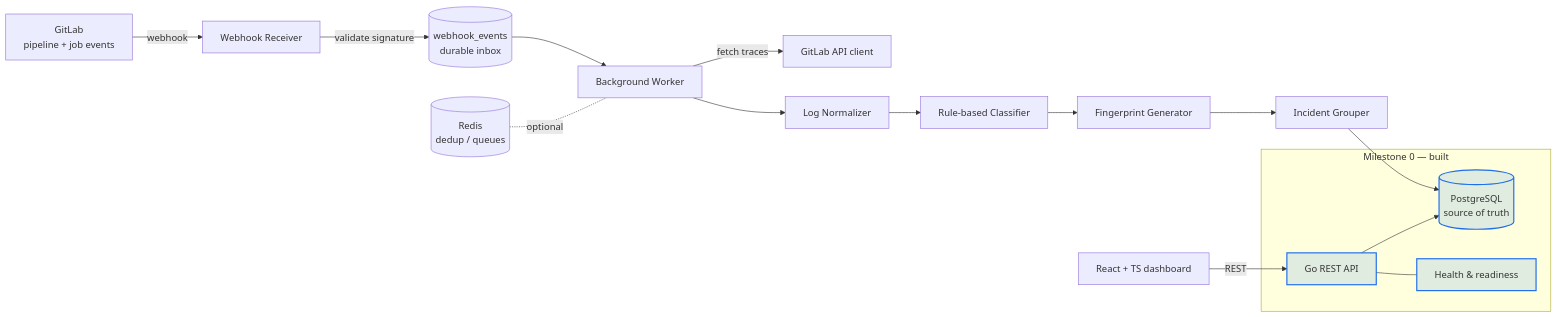
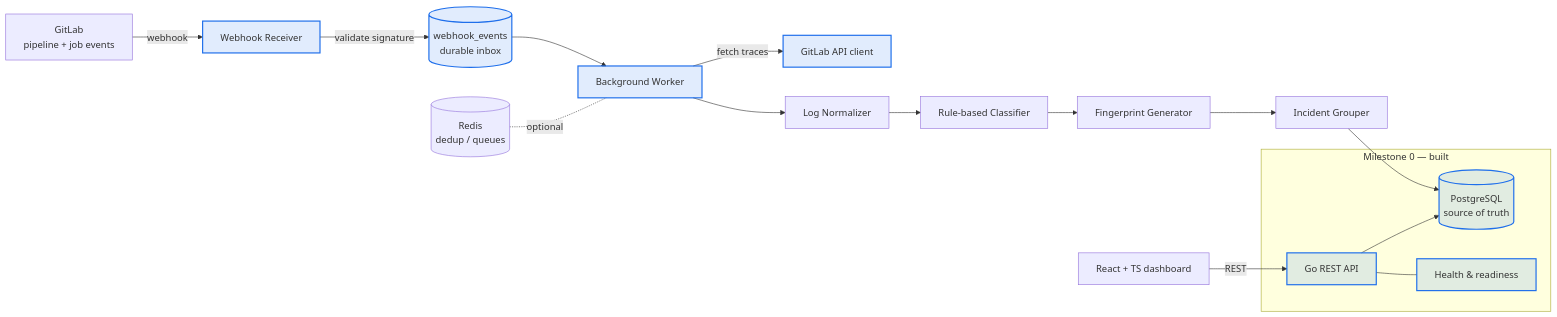
The first of 10 diagrams in docs/architecture.md (Jeston10/PipelineSherlock), drawn with Mermaid before and after one commit. The commit also changed other lines of this file and 23 other files, not shown here.

First line of the commit message:
feat: M1 slice 2 — inbox processing worker, GitLab client, pipeline upsert

````diff
--- a/docs/architecture.md
+++ b/docs/architecture.md
@@ -19,25 +19,25 @@
 ```mermaid
 flowchart LR
     GL[GitLab<br/>pipeline + job events] -->|webhook| WR[Webhook Receiver]
     WR -->|validate signature| INBOX[(webhook_events<br/>durable inbox)]
     INBOX --> WORKER[Background Worker]
     WORKER -->|fetch traces| GLAPI[GitLab API client]
     WORKER --> NORM[Log Normalizer]
     NORM --> CLS[Rule-based Classifier]
     CLS --> FP[Fingerprint Generator]
     FP --> GRP[Incident Grouper]
     GRP --> PG[(PostgreSQL<br/>source of truth)]
     REDIS[(Redis<br/>dedup / queues)] -.optional.- WORKER
     UI[React + TS dashboard] -->|REST| API[Go REST API]
     API --> PG
 
     subgraph M0[Milestone 0 — built]
         API
         PG
         HEALTH[Health & readiness]
     end
     API --- HEALTH
 
     classDef built fill:#1f6feb22,stroke:#1f6feb,stroke-width:2px;
-    class API,PG,HEALTH built;
+    class API,PG,HEALTH,WR,INBOX,WORKER,GLAPI built;
 ```
````
